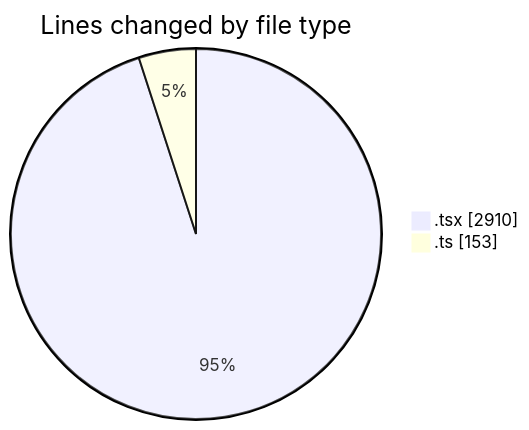
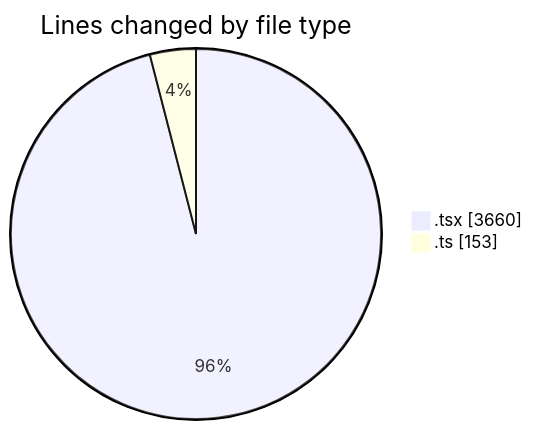
Before and after one commit to nxtqubesakshisongat/code-tracking: the first of 2 diagrams in 2026-03-27/nxtqube_webapp/README.md, drawn with Mermaid. The commit also changed other lines of this file and 1 other file, not shown here.

````diff
--- a/2026-03-27/nxtqube_webapp/README.md
+++ b/2026-03-27/nxtqube_webapp/README.md
@@ -24,6 +25,6 @@
 ```mermaid
 pie showData
 title Lines changed by file type
-".tsx" : 2910
+".tsx" : 3660
 ".ts" : 153
 ```
````
